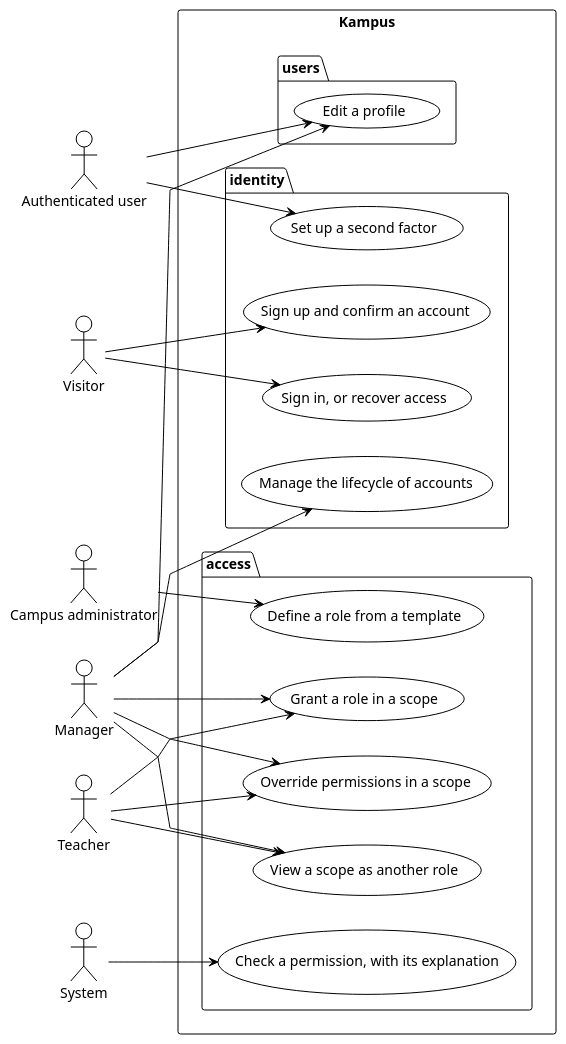
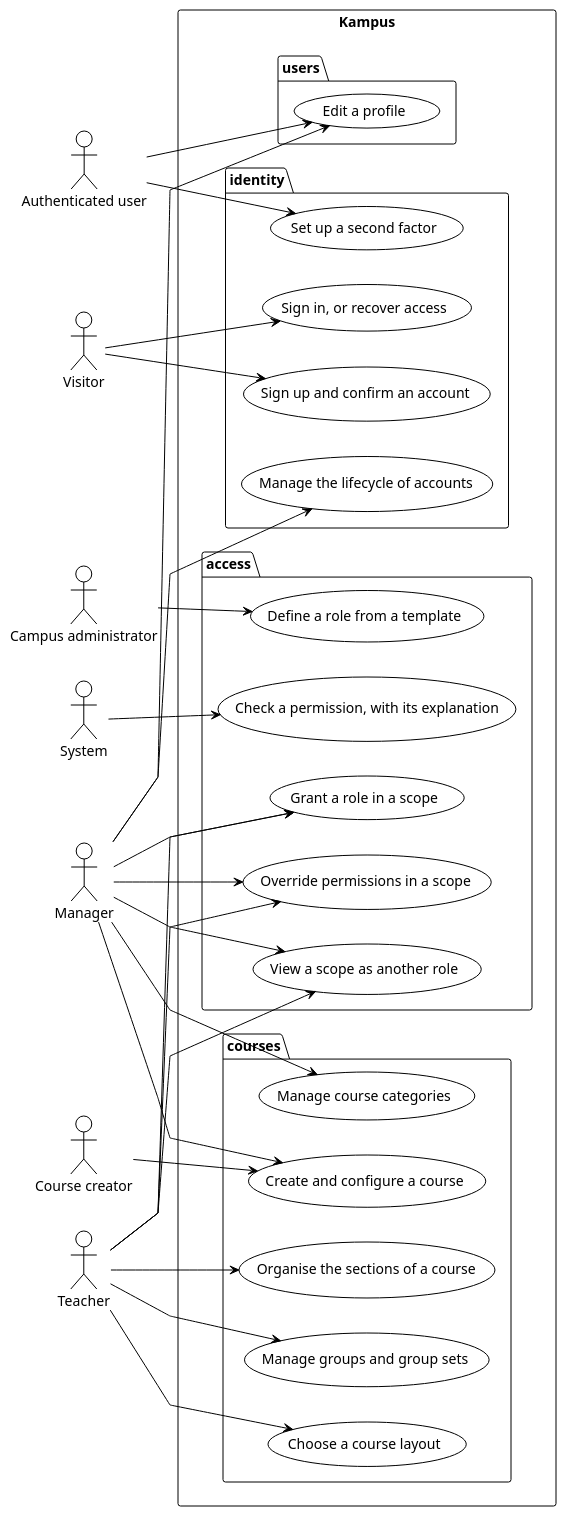
Before and after one commit to didactika/kampus: the diagram in docs/01-requirements/use-case-overview.puml, drawn with PlantUML. The commit also changed 85 other files, not shown here.

First line of the commit message:
docs(docs): design categories, courses, sections and groups

```diff
--- a/docs/01-requirements/use-case-overview.puml
+++ b/docs/01-requirements/use-case-overview.puml
@@ -1,47 +1,61 @@
 @startuml
 !theme plain
 skinparam linetype polyline
 left to right direction
 
 actor "Authenticated user" as A_Authenticated_user
 actor "Campus administrator" as A_Campus_administrator
+actor "Course creator" as A_Course_creator
 actor "Manager" as A_Manager
 actor "System" as A_System
 actor "Teacher" as A_Teacher
 actor "Visitor" as A_Visitor
 
 rectangle "Kampus" {
   package "access" {
     usecase "Grant a role in a scope" as UC_grantRole
     usecase "Override permissions in a scope" as UC_overridePermission
     usecase "Check a permission, with its explanation" as UC_checkPermission
     usecase "Define a role from a template" as UC_defineRole
     usecase "View a scope as another role" as UC_viewAsRole
   }
   package "identity" {
     usecase "Sign up and confirm an account" as UC_signUp
     usecase "Sign in, or recover access" as UC_signIn
     usecase "Set up a second factor" as UC_setUpSecondFactor
     usecase "Manage the lifecycle of accounts" as UC_manageAccountLifecycle
   }
   package "users" {
     usecase "Edit a profile" as UC_editProfile
   }
+  package "courses" {
+    usecase "Manage course categories" as UC_manageCategories
+    usecase "Create and configure a course" as UC_createCourse
+    usecase "Organise the sections of a course" as UC_organiseSections
+    usecase "Manage groups and group sets" as UC_manageGroups
+    usecase "Choose a course layout" as UC_chooseCourseLayout
+  }
 }
 
 A_Manager --> UC_grantRole
 A_Teacher --> UC_grantRole
 A_Manager --> UC_overridePermission
 A_Teacher --> UC_overridePermission
 A_System --> UC_checkPermission
 A_Campus_administrator --> UC_defineRole
 A_Teacher --> UC_viewAsRole
 A_Manager --> UC_viewAsRole
 A_Visitor --> UC_signUp
 A_Visitor --> UC_signIn
 A_Authenticated_user --> UC_setUpSecondFactor
 A_Manager --> UC_manageAccountLifecycle
 A_Authenticated_user --> UC_editProfile
 A_Manager --> UC_editProfile
+A_Manager --> UC_manageCategories
+A_Course_creator --> UC_createCourse
+A_Manager --> UC_createCourse
+A_Teacher --> UC_organiseSections
+A_Teacher --> UC_manageGroups
+A_Teacher --> UC_chooseCourseLayout
 
 @enduml
```
